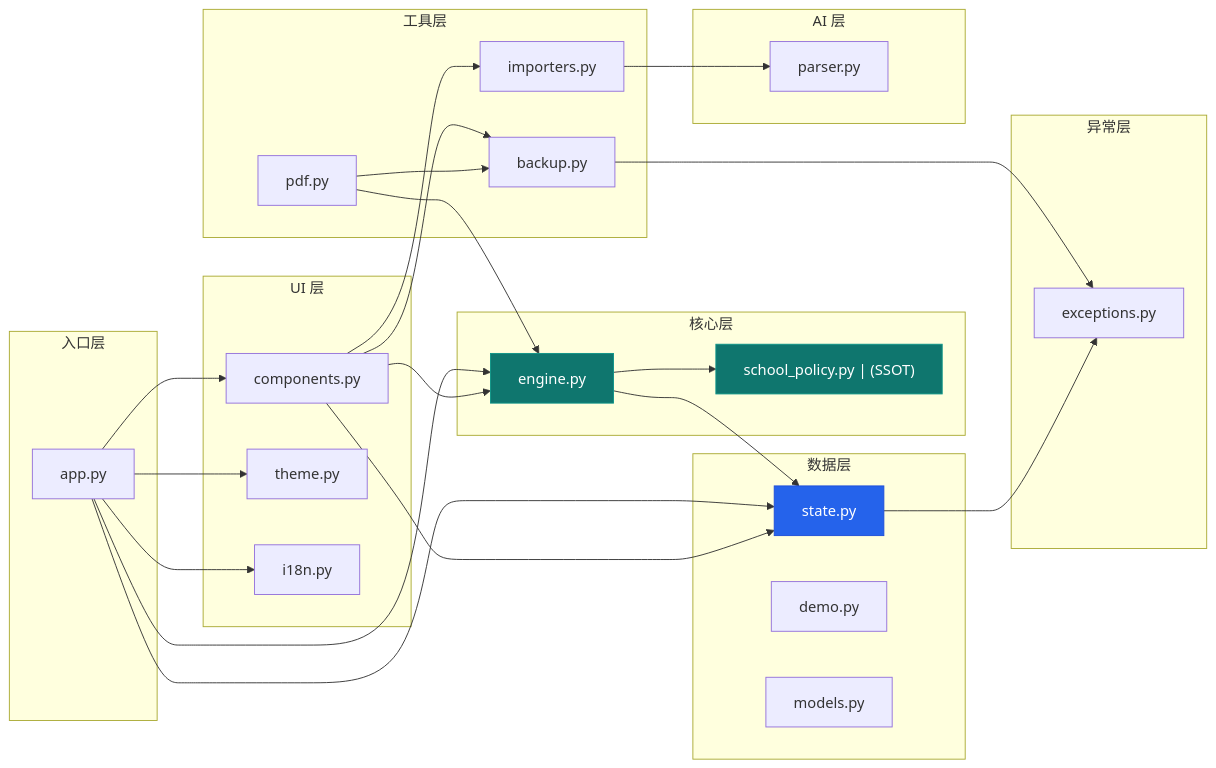
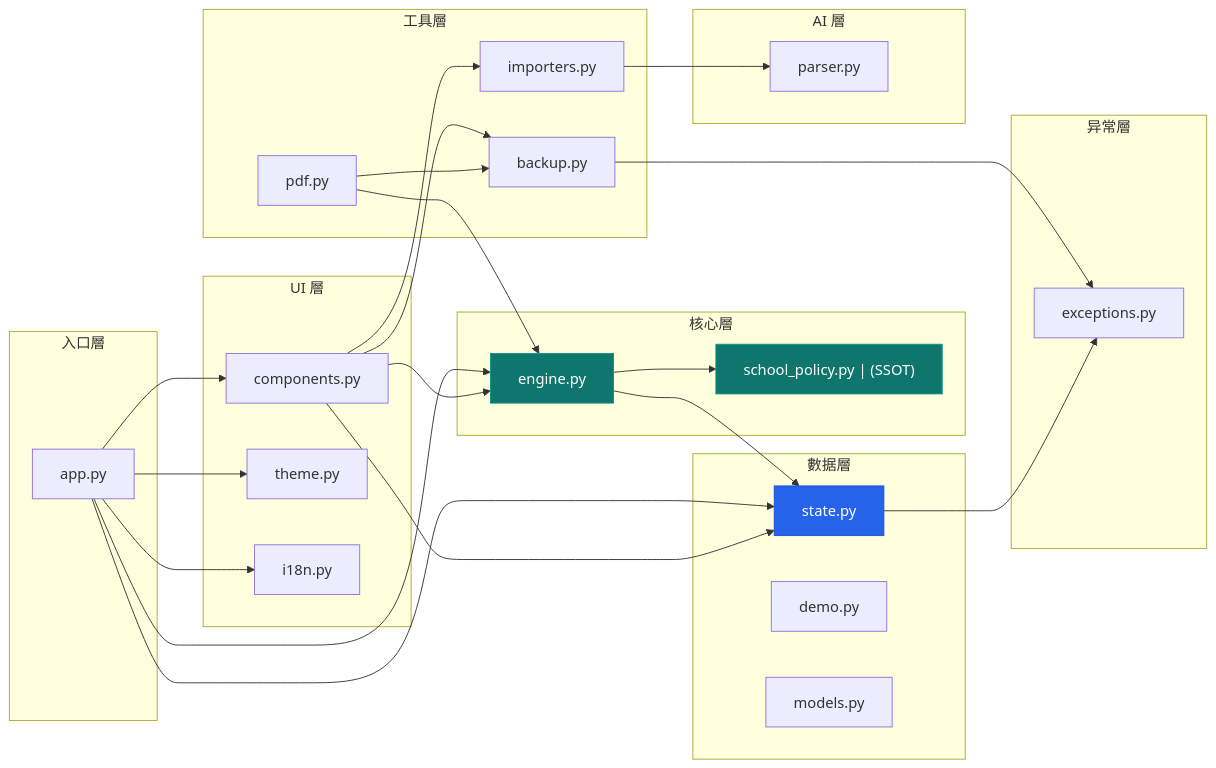
One commit to JackyLi10777/Study-Prefect-Duty-Roster-System changed the third of 4 diagrams in README.md. Above: the diagram before and after it, drawn with Mermaid. The commit also changed other lines of this file and 9 other files, not shown here.

````diff
--- a/README.md
+++ b/README.md
@@ -245,58 +245,58 @@
 ```mermaid
 graph LR
-    subgraph "入口层"
+    subgraph "入口層"
         APP["app.py"]
     end
 
-    subgraph "UI 层"
+    subgraph "UI 層"
         UI["components.py"]
         THEME["theme.py"]
         I18N["i18n.py"]
     end
 
-    subgraph "核心层"
+    subgraph "核心層"
         ENGINE["engine.py"]
         POLICY["school_policy.py | (SSOT)"]
     end
 
-    subgraph "数据层"
+    subgraph "數据層"
         STATE["state.py"]
         DEMO["demo.py"]
         MODELS["models.py"]
     end
 
-    subgraph "工具层"
+    subgraph "工具層"
         PDF["pdf.py"]
         BACKUP["backup.py"]
         IMPORTERS["importers.py"]
     end
 
-    subgraph "AI 层"
+    subgraph "AI 層"
         AI["parser.py"]
     end
 
-    subgraph "异常层"
+    subgraph "异常層"
         EXC["exceptions.py"]
     end
 
     APP --> UI
     APP --> ENGINE
     APP --> STATE
     APP --> THEME
     APP --> I18N
     UI --> ENGINE
     UI --> STATE
     UI --> BACKUP
     UI --> IMPORTERS
     IMPORTERS --> AI
     ENGINE --> POLICY
     ENGINE --> STATE
     PDF --> BACKUP
     PDF --> ENGINE
     BACKUP --> EXC
     STATE --> EXC
 
     style POLICY fill:#0F766E,stroke:#0D9488,color:#fff
     style ENGINE fill:#0F766E,stroke:#0D9488,color:#fff
     style STATE fill:#2563EB,stroke:#1D4ED8,color:#fff
 ```
````
